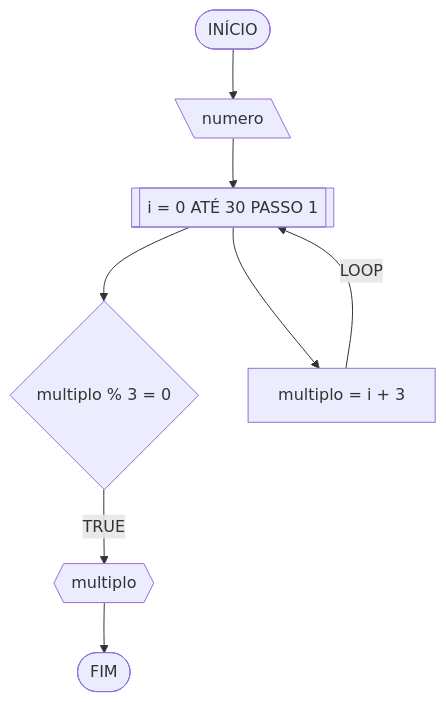
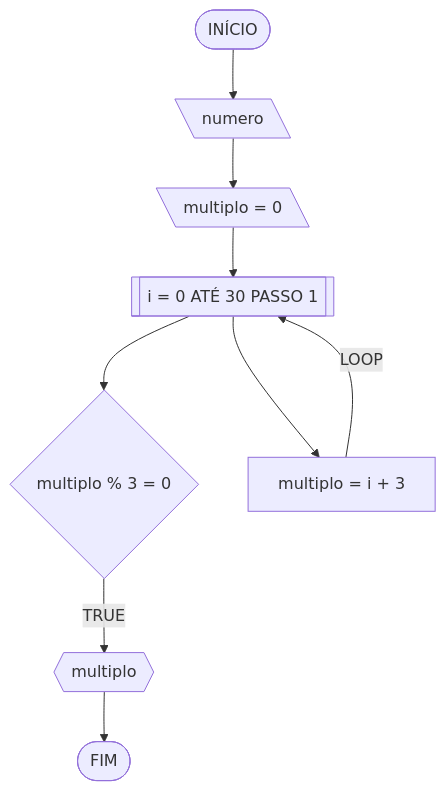
The second of 4 diagrams in RLA/AF1/lista03.md (LucasCarreiro7/UNIFOR), drawn with Mermaid before and after one commit.

````diff
--- a/RLA/AF1/lista03.md
+++ b/RLA/AF1/lista03.md
@@ -69,10 +69,11 @@
 ```mermaid
 flowchart TD
 A([INÍCIO]) --> B[\numero\]
-B --> C[[i = 0 ATÉ 30 PASSO 1]]
+B --> B2[\multiplo = 0\]
+B2 --> C[[i = 0 ATÉ 30 PASSO 1]]
 C --> F{multiplo % 3 = 0}
 F --TRUE--> G{{multiplo}} 
 G --> Z([FIM])
 C --> D[multiplo = i + 3]
 D --LOOP--> C
 ```
````
